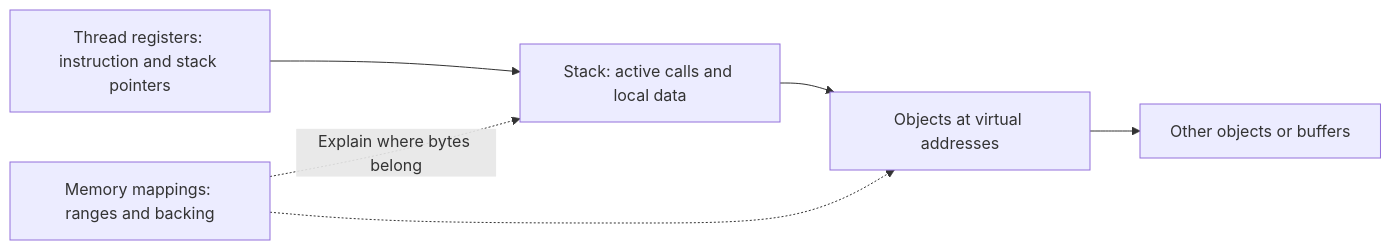
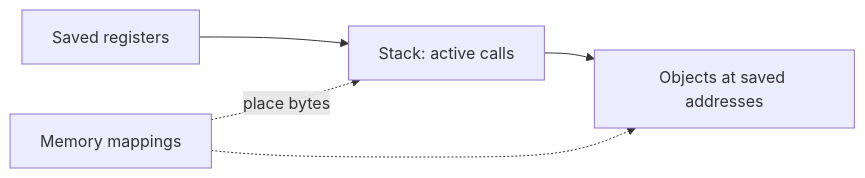
One commit to Akash-Suryawanshi/gpu-checkpointing changed the first of 2 diagrams in docs/01-cpu-checkpointing.md. Above: the diagram before and after it, drawn with Mermaid. The commit also changed other lines of this file and 2 other files, not shown here.

````diff
--- a/docs/01-cpu-checkpointing.md
+++ b/docs/01-cpu-checkpointing.md
@@ -23,8 +30,7 @@
 ```mermaid
 flowchart LR
-    R["Thread registers: instruction and stack pointers"] --> S["Stack: active calls and local data"]
-    S --> O["Objects at virtual addresses"]
-    O --> V["Other objects or buffers"]
-    M["Memory mappings: ranges and backing"] -. "Explain where bytes belong" .-> S
+    R["Saved registers"] --> S["Stack: active calls"]
+    S --> O["Objects at saved addresses"]
+    M["Memory mappings"] -. "place bytes" .-> S
     M -.-> O
 ```
````
